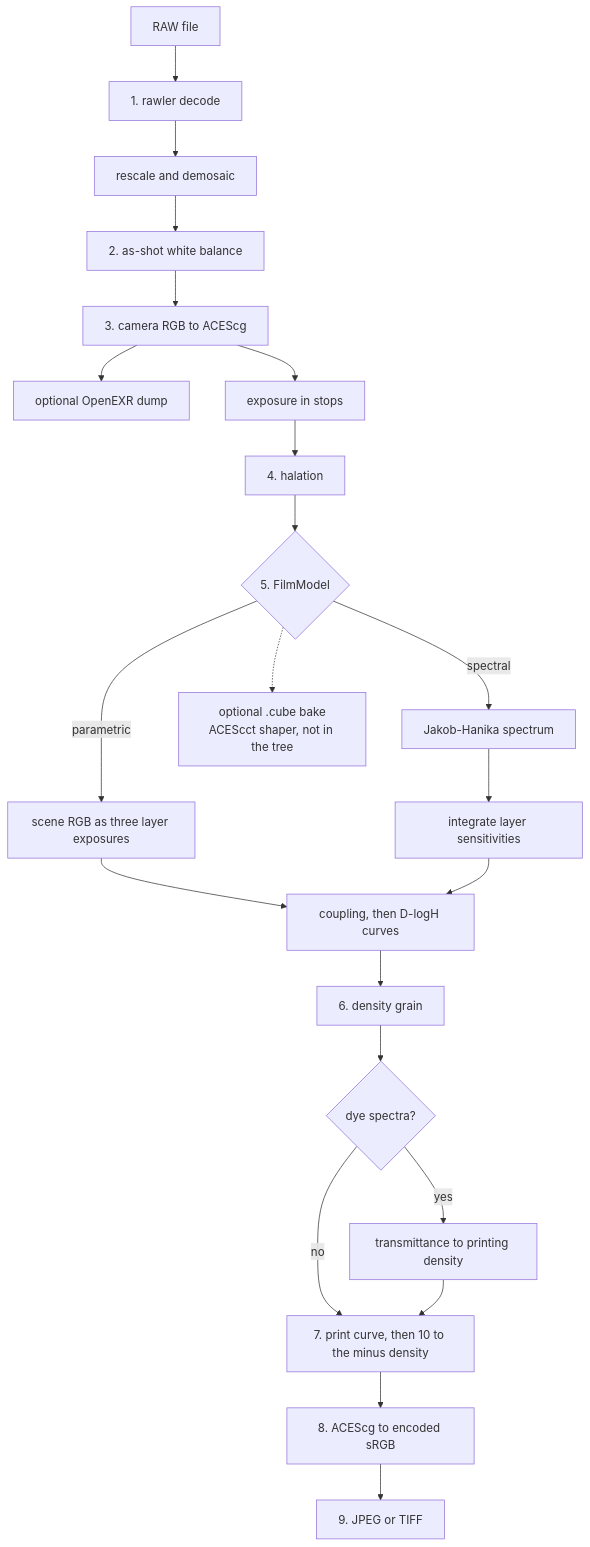
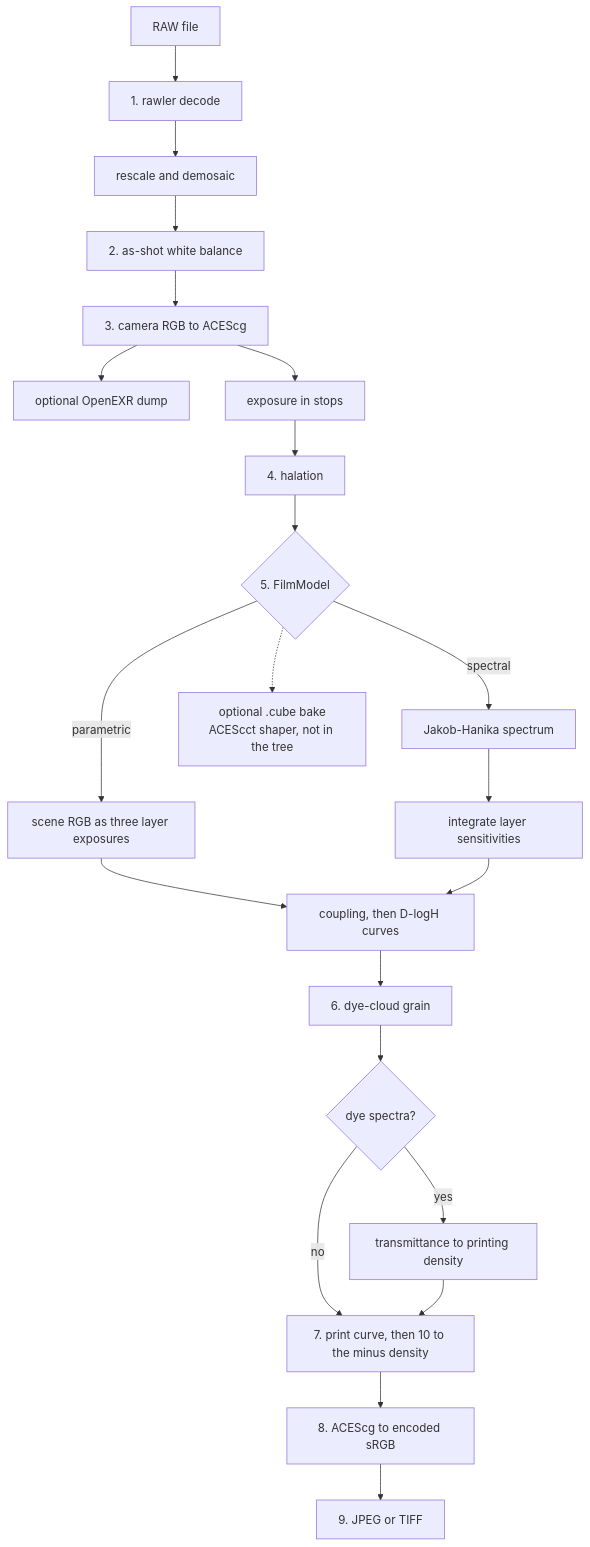
The diagram in docs/FILM_PIPELINE.md (emperorpickles/rawstock), drawn with Mermaid before and after one commit. The commit also changed other lines of this file, not shown here.

Commit message:
Describe dye-cloud grain and point unmerged stages at #6.

````diff
--- a/docs/FILM_PIPELINE.md
+++ b/docs/FILM_PIPELINE.md
@@ -34,24 +45,24 @@
 ```mermaid
 flowchart TD
   raw["RAW file"] --> decode["1. rawler decode"]
   decode --> demosaic["rescale and demosaic"]
   demosaic --> wb["2. as-shot white balance"]
   wb --> acescg["3. camera RGB to ACEScg"]
   acescg --> dump["optional OpenEXR dump"]
   acescg --> ev["exposure in stops"]
   ev --> halo["4. halation"]
   halo --> model{"5. FilmModel"}
   model -->|parametric| layers["scene RGB as three layer exposures"]
   model -->|spectral| upsample["Jakob-Hanika spectrum"]
   upsample --> sense["integrate layer sensitivities"]
   layers --> curves["coupling, then D-logH curves"]
   sense --> curves
-  curves --> grain["6. density grain"]
+  curves --> grain["6. dye-cloud grain"]
   grain --> dyes{"dye spectra?"}
   dyes -->|yes| printing["transmittance to printing density"]
   dyes -->|no| print["7. print curve, then 10 to the minus density"]
   printing --> print
   print --> srgb["8. ACEScg to encoded sRGB"]
   srgb --> file["9. JPEG or TIFF"]
   model -.-> cube["optional .cube bake<br/>ACEScct shaper, not in the tree"]
 ```
````
